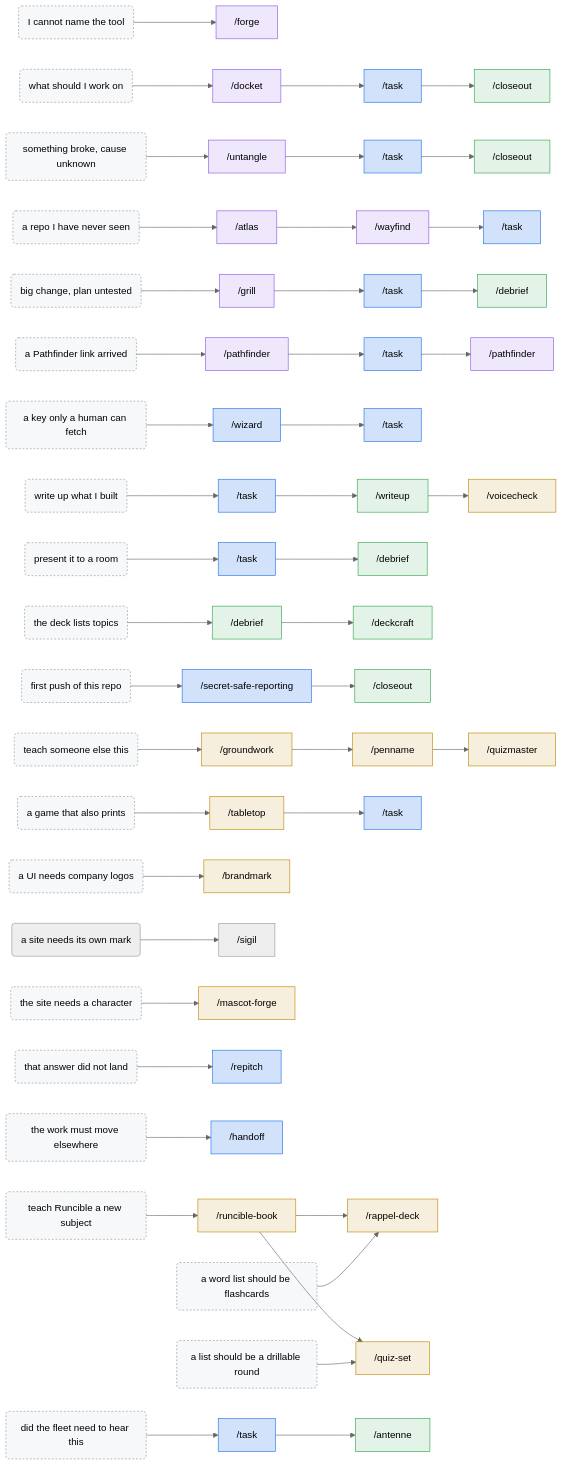
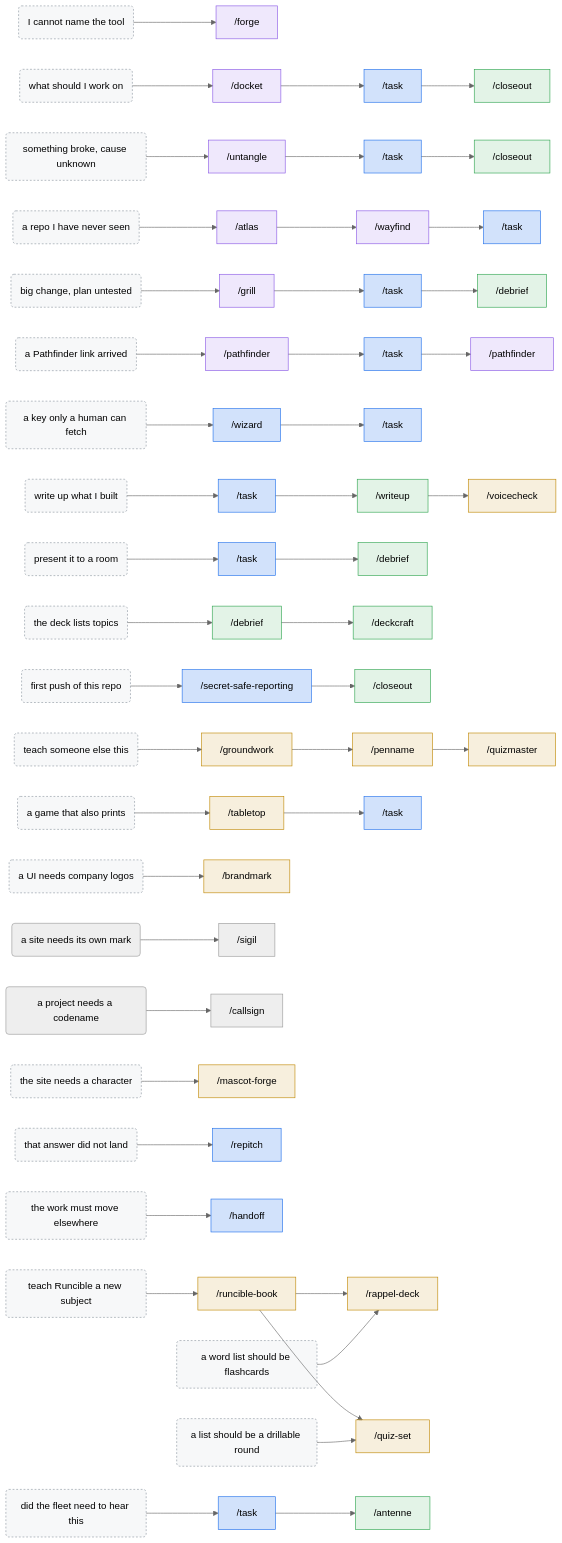
One commit to LucianoAdonis/neorgon-forge changed the second of 2 diagrams in README.md. Above: the diagram before and after it, drawn with Mermaid (neutral theme). The commit also changed other lines of this file and 8 other files, not shown here.

First line of the commit message:
feat(skills): /callsign names a project or service in Armored Core part grammar

````diff
--- a/README.md
+++ b/README.md
@@ -105,37 +105,38 @@
 ```mermaid
 flowchart LR
     q1("I cannot name the tool") --> n1_0["/forge"]
     q2("what should I work on") --> n2_0["/docket"] --> n2_1["/task"] --> n2_2["/closeout"]
     q3("something broke, cause unknown") --> n3_0["/untangle"] --> n3_1["/task"] --> n3_2["/closeout"]
     q4("a repo I have never seen") --> n4_0["/atlas"] --> n4_1["/wayfind"] --> n4_2["/task"]
     q5("big change, plan untested") --> n5_0["/grill"] --> n5_1["/task"] --> n5_2["/debrief"]
     q6("a Pathfinder link arrived") --> n6_0["/pathfinder"] --> n6_1["/task"] --> n6_2["/pathfinder"]
     q7("a key only a human can fetch") --> n7_0["/wizard"] --> n7_1["/task"]
     q8("write up what I built") --> n8_0["/task"] --> n8_1["/writeup"] --> n8_2["/voicecheck"]
     q9("present it to a room") --> n9_0["/task"] --> n9_1["/debrief"]
     q10("the deck lists topics") --> n10_0["/debrief"] --> n10_1["/deckcraft"]
     q11("first push of this repo") --> n11_0["/secret-safe-reporting"] --> n11_1["/closeout"]
     q12("teach someone else this") --> n12_0["/groundwork"] --> n12_1["/penname"] --> n12_2["/quizmaster"]
     q13("a game that also prints") --> n13_0["/tabletop"] --> n13_1["/task"]
     q14("a UI needs company logos") --> n14_0["/brandmark"]
     q14b("a site needs its own mark") --> n14b_0["/sigil"]
+    q14c("a project needs a codename") --> n14c_0["/callsign"]
     q15("the site needs a character") --> n15_0["/mascot-forge"]
     q16("that answer did not land") --> n16_0["/repitch"]
     q17("the work must move elsewhere") --> n17_0["/handoff"]
     q18("teach Runcible a new subject") --> n18_0["/runcible-book"] --> n18_1["/rappel-deck"]
     q19("a word list should be flashcards") --> n18_1
     n18_0 --> n20_0["/quiz-set"]
     q20("a list should be a drillable round") --> n20_0
     q21("did the fleet need to hear this") --> n21_0["/task"] --> n21_1["/antenne"]
 
     classDef before fill:#8957e522,stroke:#8957e5,stroke-width:1px
     classDef during fill:#1f6feb33,stroke:#1f6feb,stroke-width:1px
     classDef after fill:#2da44e22,stroke:#2da44e,stroke-width:1px
     classDef craft fill:#bf870022,stroke:#bf8700,stroke-width:1px
     classDef ask fill:#8b949e11,stroke:#8b949e,stroke-dasharray:3 3
     class q1,q2,q3,q4,q5,q6,q7,q8,q9,q10,q11,q12,q13,q14,q15,q16,q17,q18,q19,q20,q21 ask
     class n1_0,n2_0,n3_0,n4_0,n4_1,n5_0,n6_0,n6_2 before
     class n2_1,n3_1,n4_2,n5_1,n6_1,n7_0,n7_1,n8_0,n9_0,n11_0,n13_1,n16_0,n17_0,n21_0 during
     class n2_2,n3_2,n5_2,n8_1,n9_1,n10_0,n10_1,n11_1,n21_1 after
     class n8_2,n12_0,n12_1,n12_2,n13_0,n14_0,n15_0,n18_0,n18_1,n20_0 craft
 ```
````
